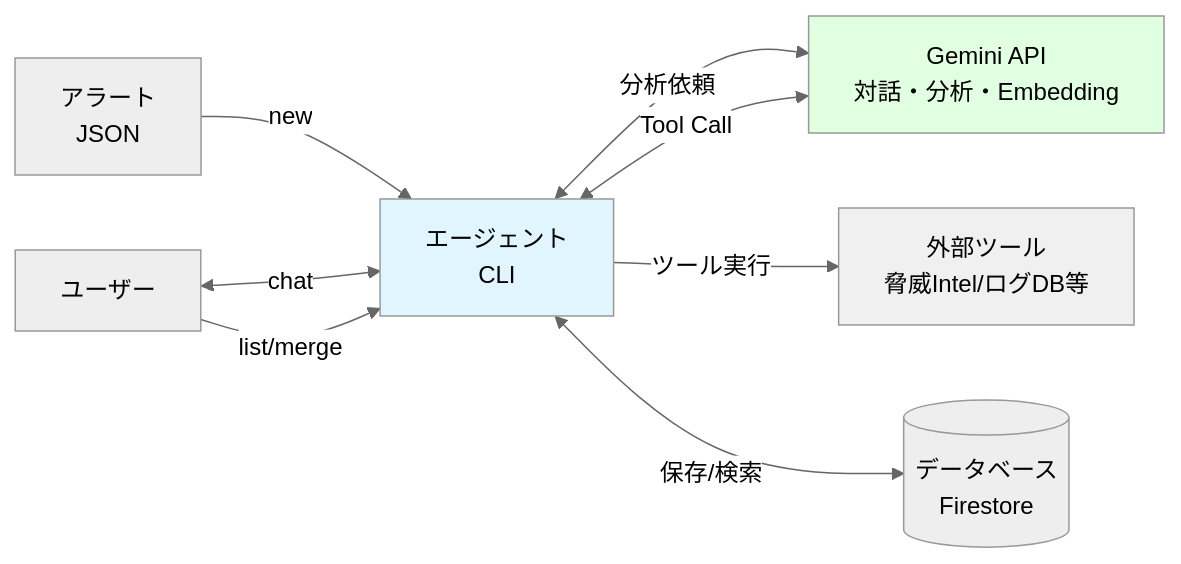
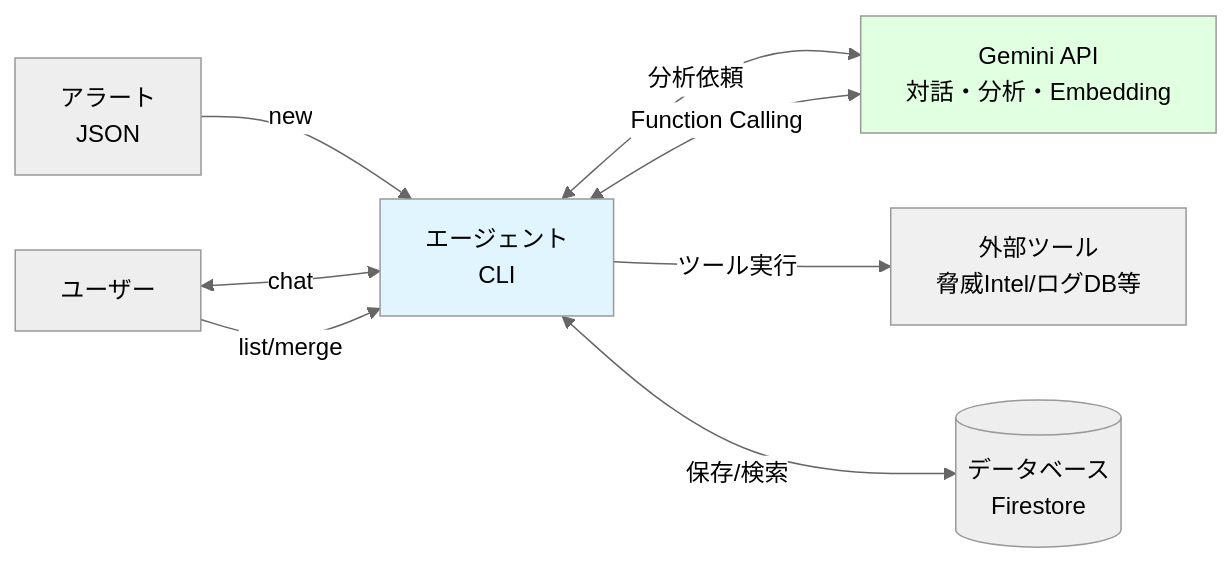
One commit to m-mizutani/advcal2025 changed the first of 4 diagrams in articles/sec-agent-03-architecture.md. Above: the diagram before and after it, drawn with Mermaid (neutral theme). The commit also changed other lines of this file and 2 other files, not shown here.

Commit message:
docs: update terminology from "Tool Call" to "Function Calling" for consistency across articles

````diff
--- a/articles/sec-agent-03-architecture.md
+++ b/articles/sec-agent-03-architecture.md
@@ -24,21 +24,21 @@
 ```mermaid
 graph LR
     User[ユーザー]
     Alert[アラート<br/>JSON]
     Agent[エージェント<br/>CLI]
     Gemini[Gemini API<br/>対話・分析・Embedding]
     Tools[外部ツール<br/>脅威Intel/ログDB等]
     DB[(データベース<br/>Firestore)]
 
     Alert -->|new| Agent
     User <-->|chat| Agent
     Agent <-->|分析依頼| Gemini
-    Gemini <-->|Tool Call| Agent
+    Gemini <-->|Function Calling| Agent
     Agent -->|ツール実行| Tools
     Agent <-->|保存/検索| DB
     User -->|list/merge| Agent
 
     style Agent fill:#e1f5ff
     style Gemini fill:#e1ffe1
     style Tools fill:#f0f0f0
 ```
````
